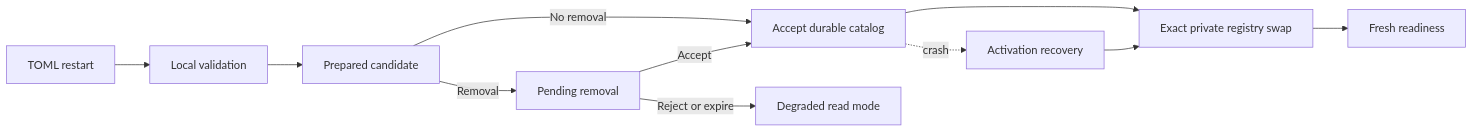
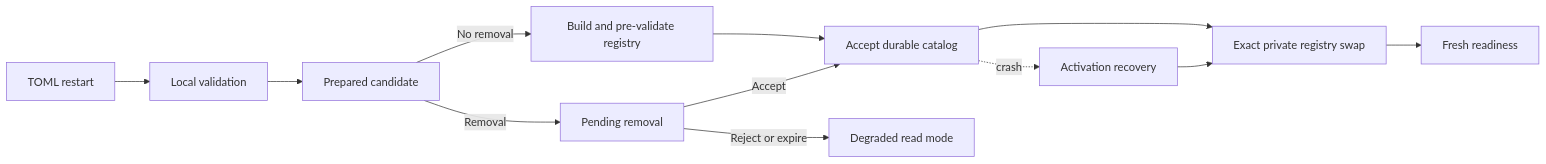
The diagram in docs/intention-relay/architecture/22-provider-evolution-profiles-and-reasoning.md (y0tsy/intention-relay), drawn with Mermaid before and after one commit. The commit also changed other lines of this file and 201 other files, not shown here.

````diff
--- a/docs/intention-relay/architecture/22-provider-evolution-profiles-and-reasoning.md
+++ b/docs/intention-relay/architecture/22-provider-evolution-profiles-and-reasoning.md
@@ -204,13 +247,14 @@
 ```mermaid
 flowchart LR
   T[TOML restart] --> V[Local validation]
   V --> P[Prepared candidate]
-  P -->|No removal| A[Accept durable catalog]
+  P -->|No removal| B[Build and pre-validate registry]
   P -->|Removal| W[Pending removal]
-  W -->|Accept| A
+  W -->|Accept| A[Accept durable catalog]
   W -->|Reject or expire| D[Degraded read mode]
+  B --> A
   A --> S[Exact private registry swap]
   S --> R[Fresh readiness]
   A -. crash .-> C[Activation recovery]
   C --> S
 ```
````
